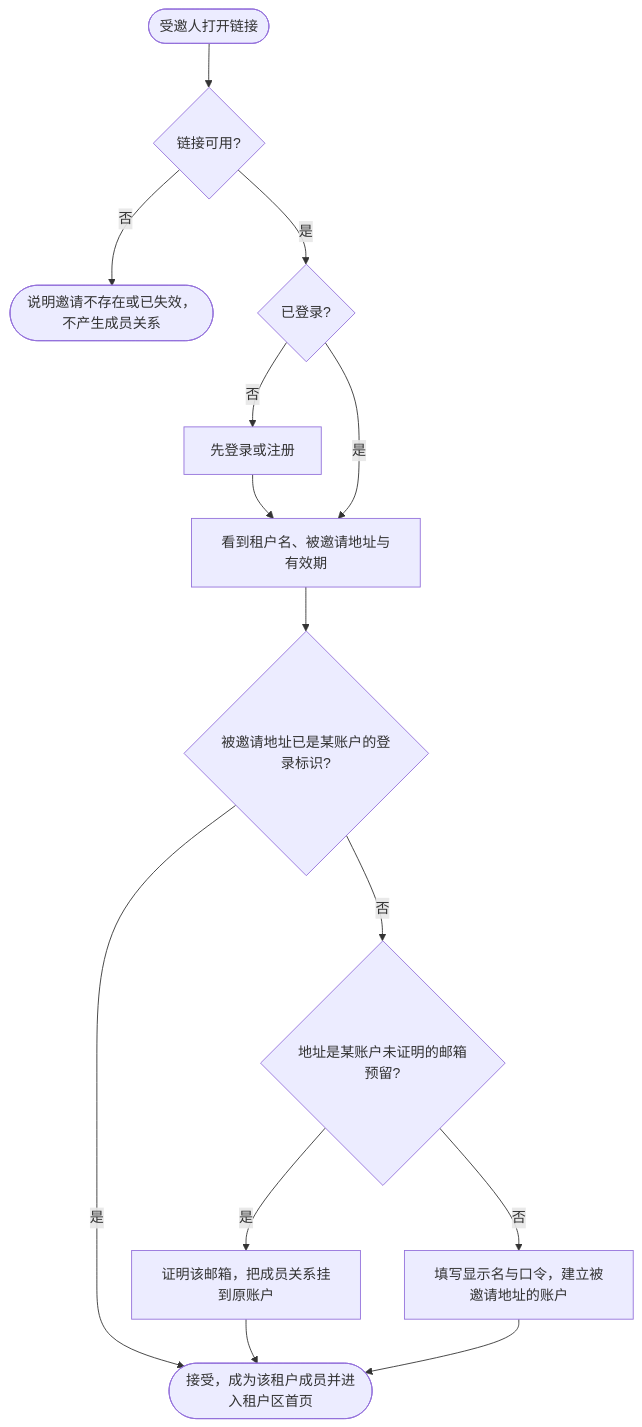
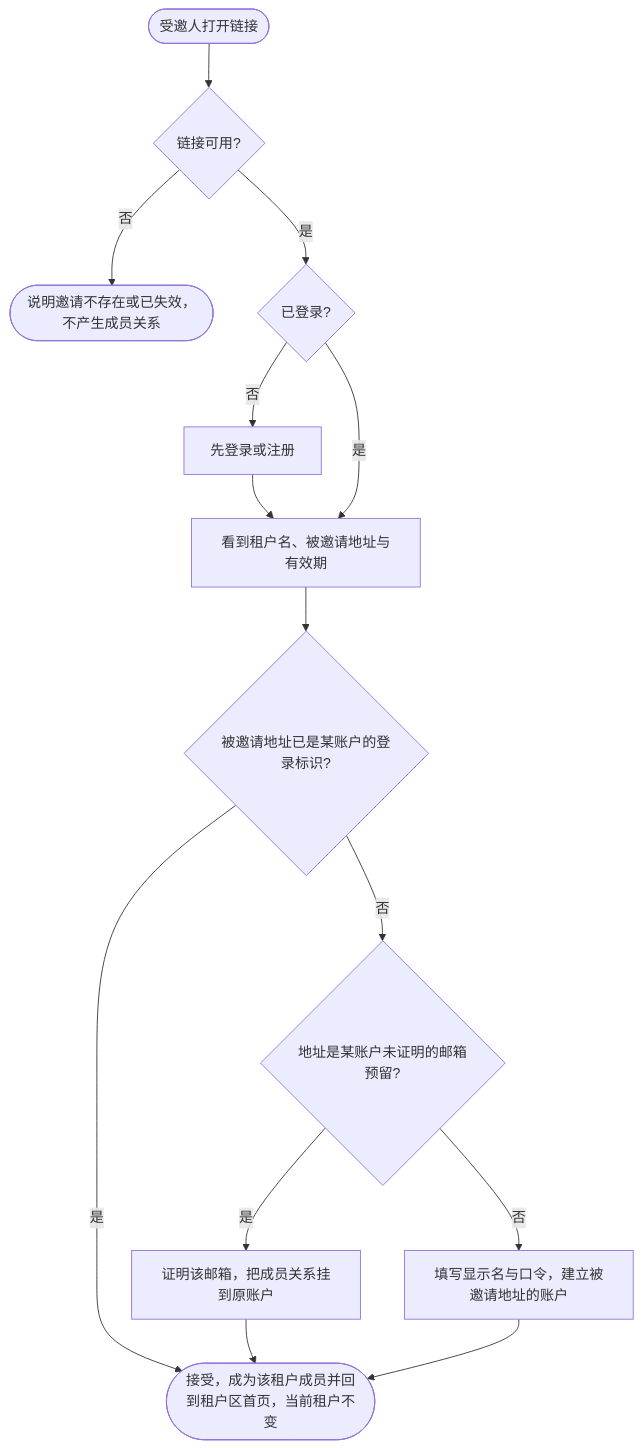
Before and after one commit to wangzw/speed: the diagram in docs/prd/journeys/journey-invitation-to-tenant.md, drawn with Mermaid. The commit also changed other lines of this file and 17 other files, not shown here.

````diff
--- a/docs/prd/journeys/journey-invitation-to-tenant.md
+++ b/docs/prd/journeys/journey-invitation-to-tenant.md
@@ -36,13 +36,13 @@
 ```mermaid
 flowchart TD
     open([受邀人打开链接]) --> valid{链接可用?}
     valid -->|否| invalid([说明邀请不存在或已失效，不产生成员关系])
     valid -->|是| signed{已登录?}
     signed -->|否| login[先登录或注册] --> summary[看到租户名、被邀请地址与有效期]
     signed -->|是| summary
     summary --> known{被邀请地址已是某账户的登录标识?}
-    known -->|是| joined([接受，成为该租户成员并进入租户区首页])
+    known -->|是| joined([接受，成为该租户成员并回到租户区首页，当前租户不变])
     known -->|否| reserved{地址是某账户未证明的邮箱预留?}
     reserved -->|是| prove[证明该邮箱，把成员关系挂到原账户] --> joined
     reserved -->|否| create[填写显示名与口令，建立被邀请地址的账户] --> joined
 ```
````
